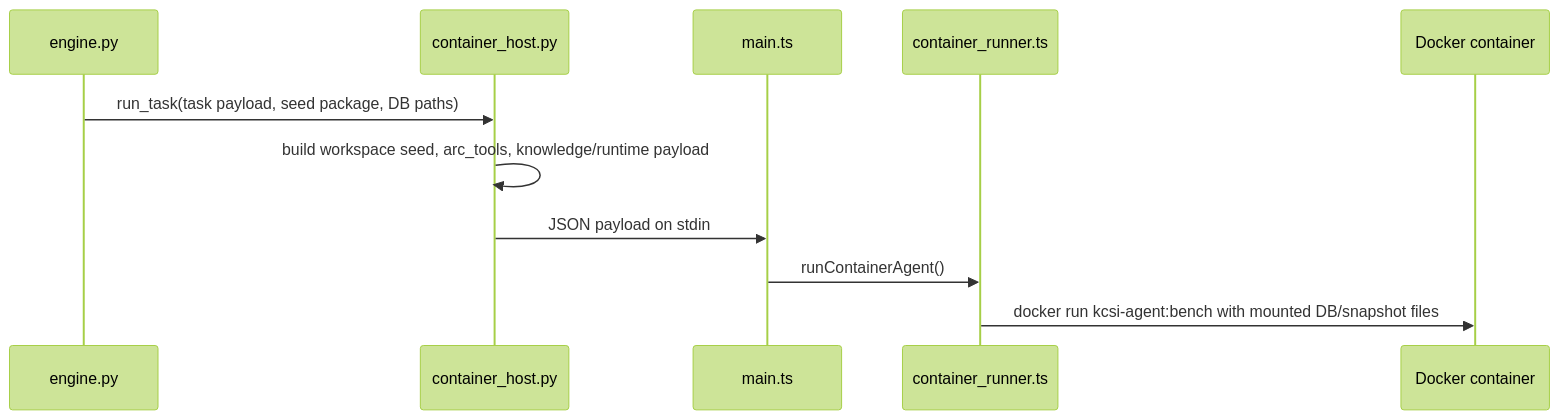
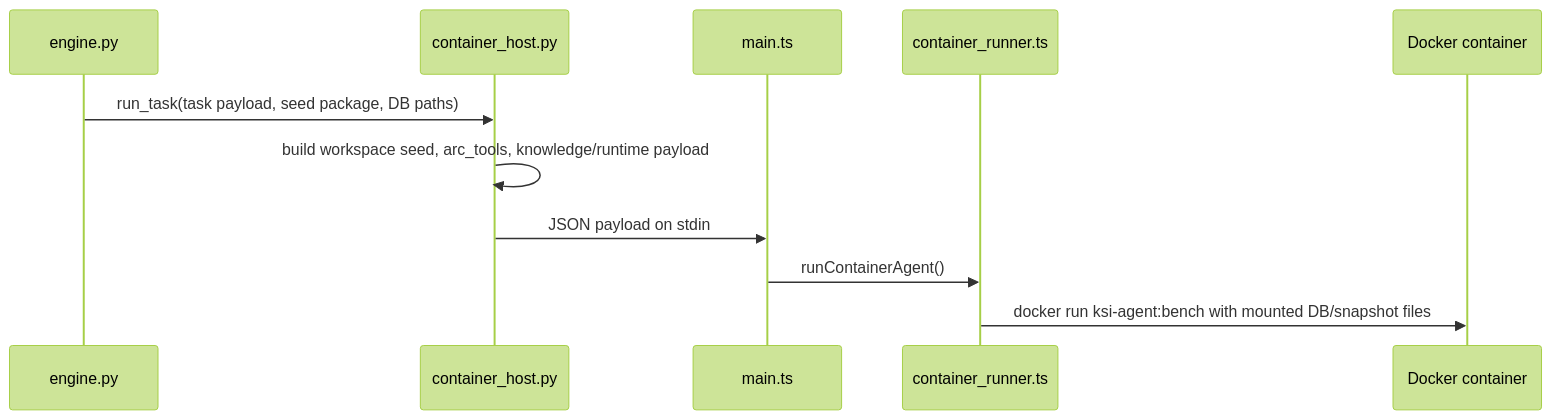
The second of 7 diagrams in docs/architecture.md (recursive-knowledge/KSI), drawn with Mermaid (forest theme) before and after one commit. The commit also changed other lines of this file and 527 other files, not shown here.

First line of the commit message:
Rename KCSI to KSI (#2)

````diff
--- a/docs/architecture.md
+++ b/docs/architecture.md
@@ -76,14 +76,14 @@
 ```mermaid
 sequenceDiagram
     participant Eng as engine.py
     participant Host as container_host.py
     participant Main as main.ts
     participant CR as container_runner.ts
     participant Dock as Docker container
 
     Eng->>Host: run_task(task payload, seed package, DB paths)
     Host->>Host: build workspace seed, arc_tools, knowledge/runtime payload
     Host->>Main: JSON payload on stdin
     Main->>CR: runContainerAgent()
-    CR->>Dock: docker run kcsi-agent:bench with mounted DB/snapshot files
+    CR->>Dock: docker run ksi-agent:bench with mounted DB/snapshot files
 ```
````
